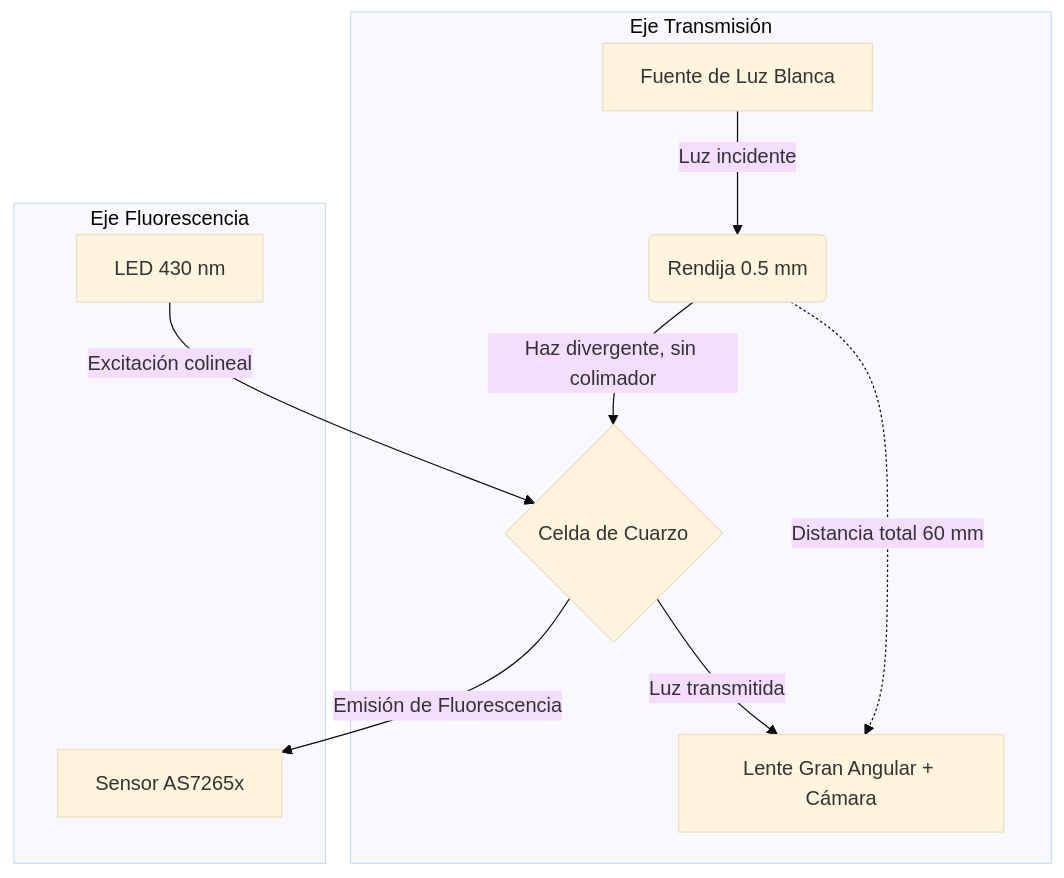
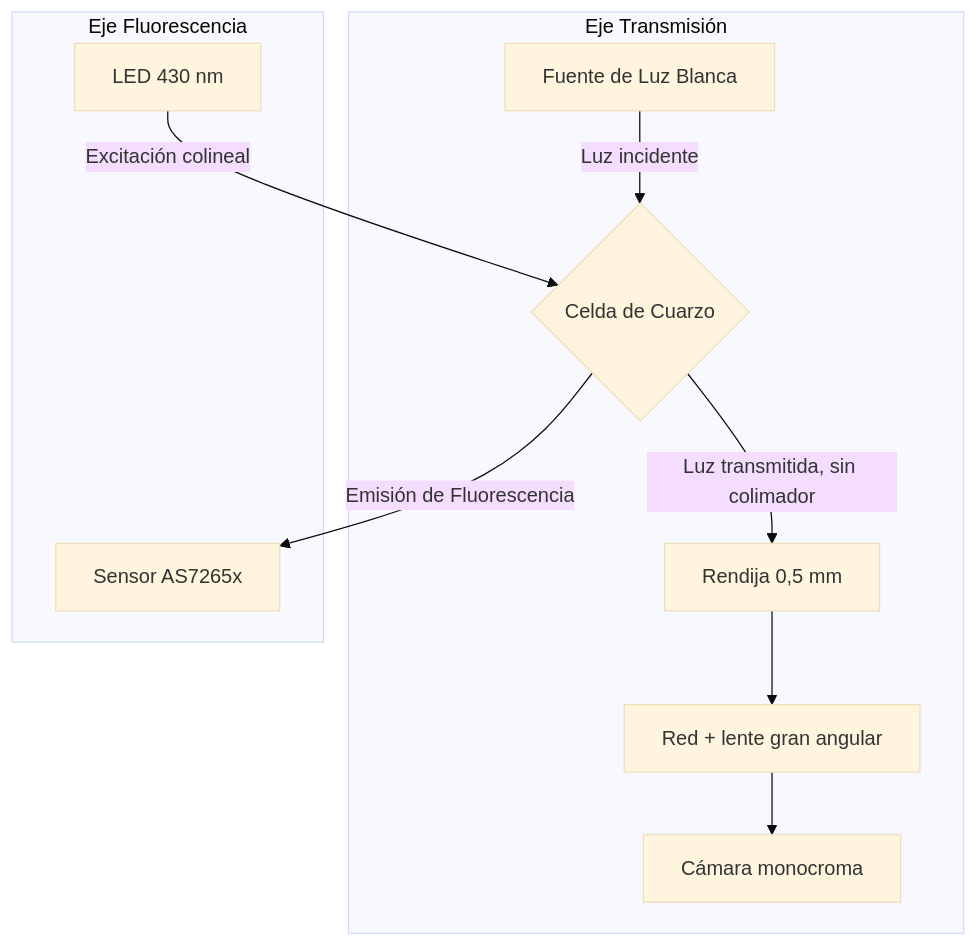
Before and after one commit to alexmanuel27/Cruz_prototipe: the diagram in docs/DISENO_OPTICO.md, drawn with Mermaid (base theme). The commit also changed other lines of this file and 64 other files, not shown here.

````diff
--- a/docs/DISENO_OPTICO.md
+++ b/docs/DISENO_OPTICO.md
@@ -19,14 +19,14 @@
 ```mermaid
 flowchart TD
     subgraph Eje Transmisión
-    A[Fuente de Luz Blanca] -->|Luz incidente| B(Rendija 0.5 mm)
-    B -->|Haz divergente, sin colimador| C{Celda de Cuarzo}
-    C -->|Luz transmitida| D[Lente Gran Angular + Cámara]
-    B -.->|Distancia total 60 mm| D
+    A[Fuente de Luz Blanca] -->|Luz incidente| C{Celda de Cuarzo}
+    C -->|Luz transmitida, sin colimador| B[Rendija 0,5 mm]
+    B --> G[Red + lente gran angular]
+    G --> D[Cámara monocroma]
     end
 
     subgraph Eje Fluorescencia
     E[LED 430 nm] -->|Excitación colineal| C
     C -->|Emisión de Fluorescencia| F[Sensor AS7265x]
     end
 ```
````
